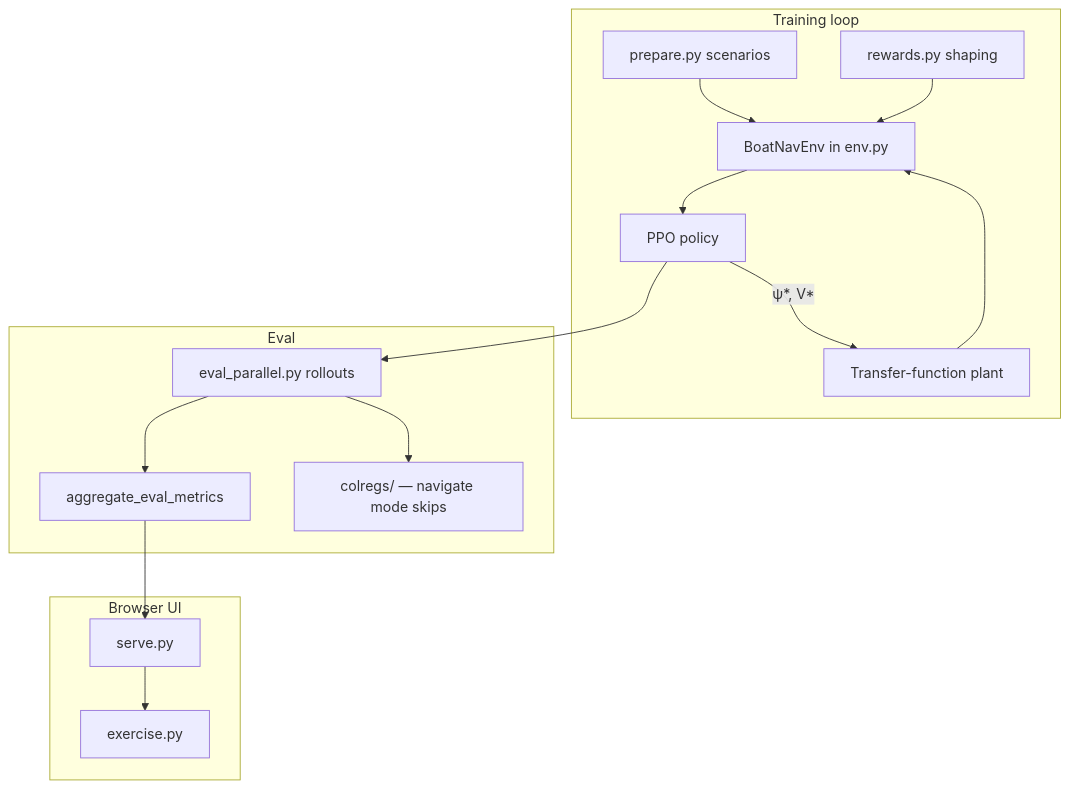
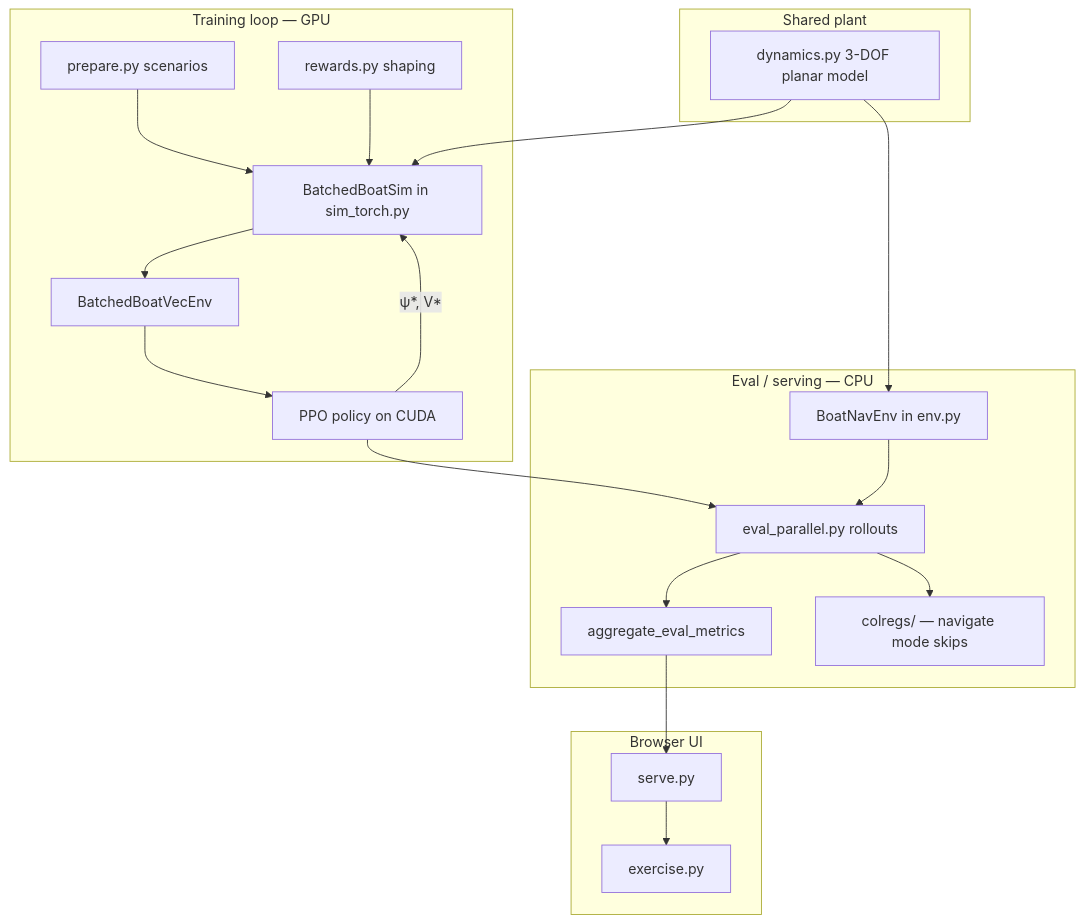
One commit to lizizatt/scratch changed the diagram in boat_nav_rl/README.md. Above: the diagram before and after it, drawn with Mermaid. The commit also changed other lines of this file and 73 other files, not shown here.

````diff
--- a/boat_nav_rl/README.md
+++ b/boat_nav_rl/README.md
@@ -35,32 +35,39 @@
 ```mermaid
 flowchart TB
-  subgraph train_loop [Training loop]
-    SEEDS[prepare.py scenarios]
-    ENV[BoatNavEnv in env.py]
-    PPO[PPO policy]
-    PLANT[Transfer-function plant]
-    RWD[rewards.py shaping]
-    SEEDS --> ENV
-    ENV --> PPO
-    PPO -->|ψ*, V*| PLANT
-    PLANT --> ENV
-    RWD --> ENV
+  subgraph shared [Shared plant]
+    DYN[dynamics.py 3-DOF planar model]
   end
 
-  subgraph eval [Eval]
+  subgraph train_loop [Training loop — GPU]
+    SEEDS[prepare.py scenarios]
+    SIM[BatchedBoatSim in sim_torch.py]
+    VE[BatchedBoatVecEnv]
+    PPO[PPO policy on CUDA]
+    RWD[rewards.py shaping]
+    SEEDS --> SIM
+    DYN --> SIM
+    SIM --> VE --> PPO
+    PPO -->|ψ*, V*| SIM
+    RWD --> SIM
+  end
+
+  subgraph eval [Eval / serving — CPU]
+    ENV[BoatNavEnv in env.py]
     ROLL[eval_parallel.py rollouts]
     MET[aggregate_eval_metrics]
     COL[colregs/ — navigate mode skips]
+    DYN --> ENV
     PPO --> ROLL
+    ENV --> ROLL
     ROLL --> MET
     ROLL --> COL
   end
 
   subgraph viz [Browser UI]
     SRV[serve.py]
     EX[exercise.py]
     SRV --> EX
   end
 
   MET --> SRV
 ```
````
